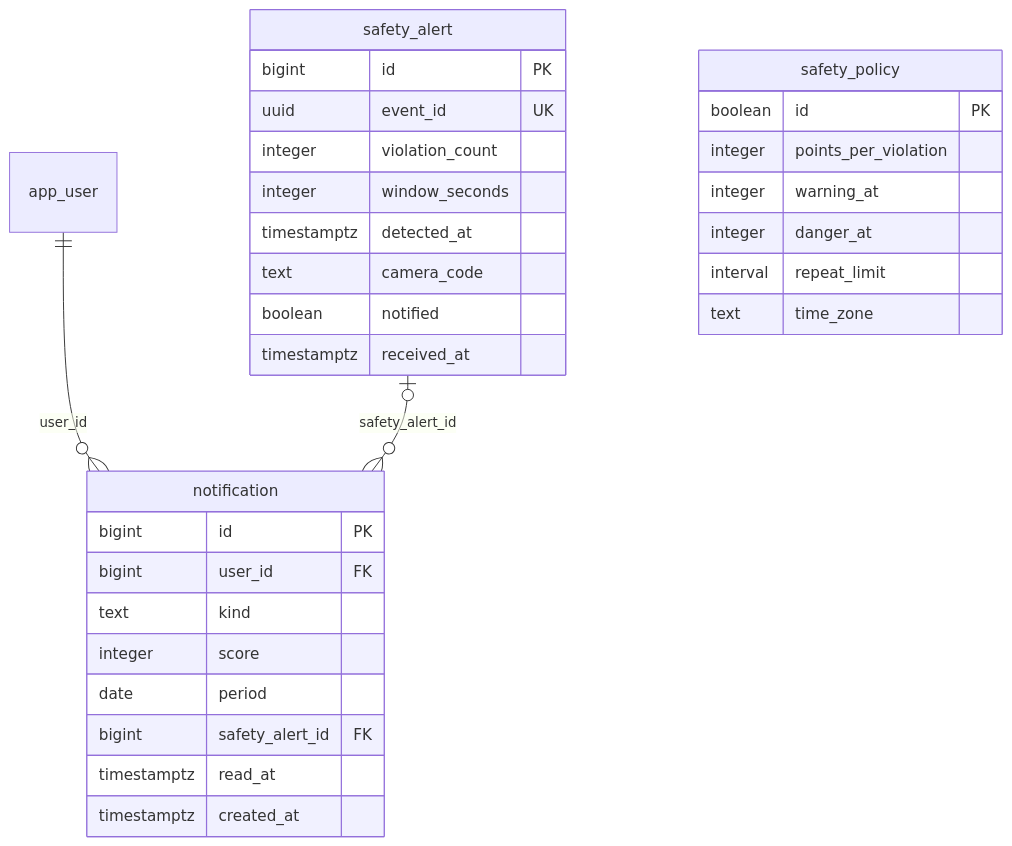
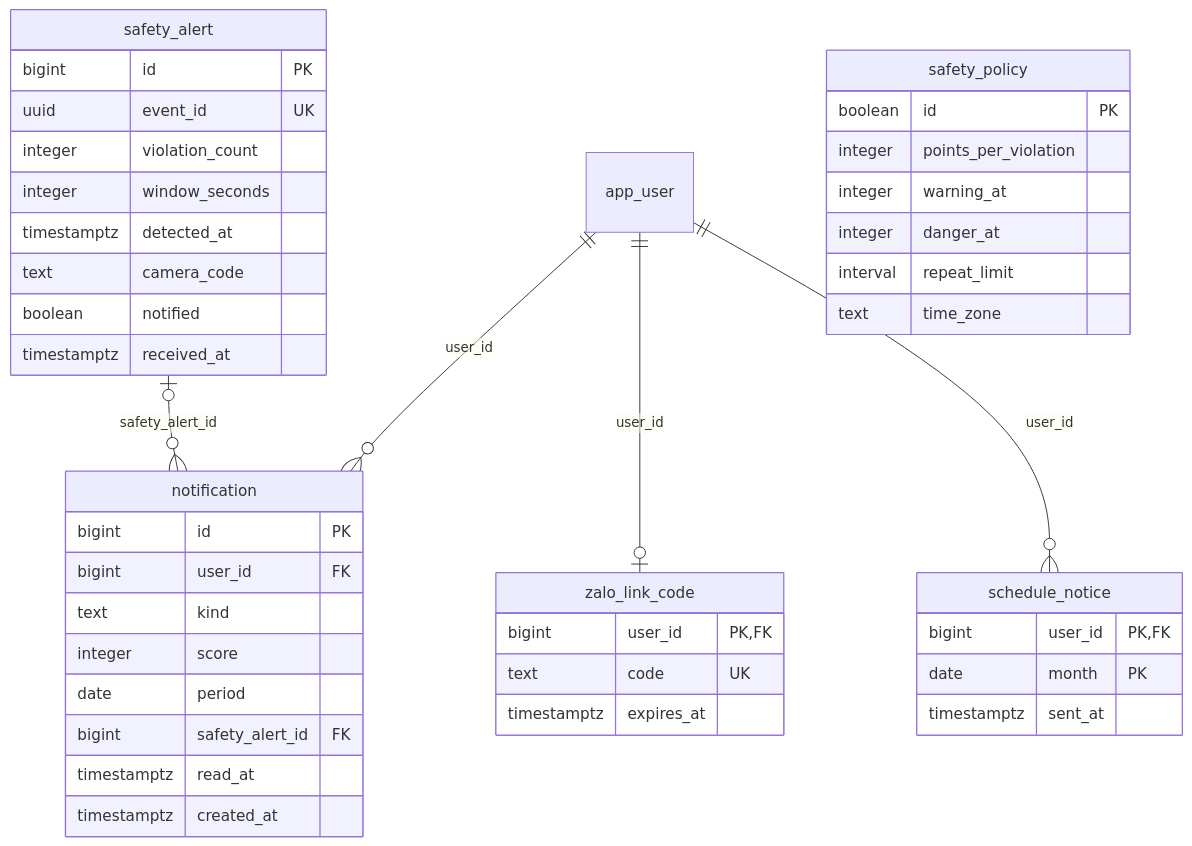
The seventh of 7 diagrams in docs/database-design.md (OwOchiii/steelsight_erp), drawn with Mermaid before and after one commit. The commit also changed other lines of this file and 172 other files, not shown here.

````diff
--- a/docs/database-design.md
+++ b/docs/database-design.md
@@ -574,33 +580,45 @@
 ```mermaid
 erDiagram
     app_user ||--o{ notification : "user_id"
     safety_alert |o--o{ notification : "safety_alert_id"
+    app_user ||--o| zalo_link_code : "user_id"
+    app_user ||--o{ schedule_notice : "user_id"
     safety_policy {
         boolean id PK
         integer points_per_violation
         integer warning_at
         integer danger_at
         interval repeat_limit
         text time_zone
     }
     safety_alert {
         bigint id PK
         uuid event_id UK
         integer violation_count
         integer window_seconds
         timestamptz detected_at
         text camera_code
         boolean notified
         timestamptz received_at
     }
+    zalo_link_code {
+        bigint user_id PK,FK
+        text code UK
+        timestamptz expires_at
+    }
+    schedule_notice {
+        bigint user_id PK,FK
+        date month PK
+        timestamptz sent_at
+    }
     notification {
         bigint id PK
         bigint user_id FK
         text kind
         integer score
         date period
         bigint safety_alert_id FK
         timestamptz read_at
         timestamptz created_at
     }
 ```
````
